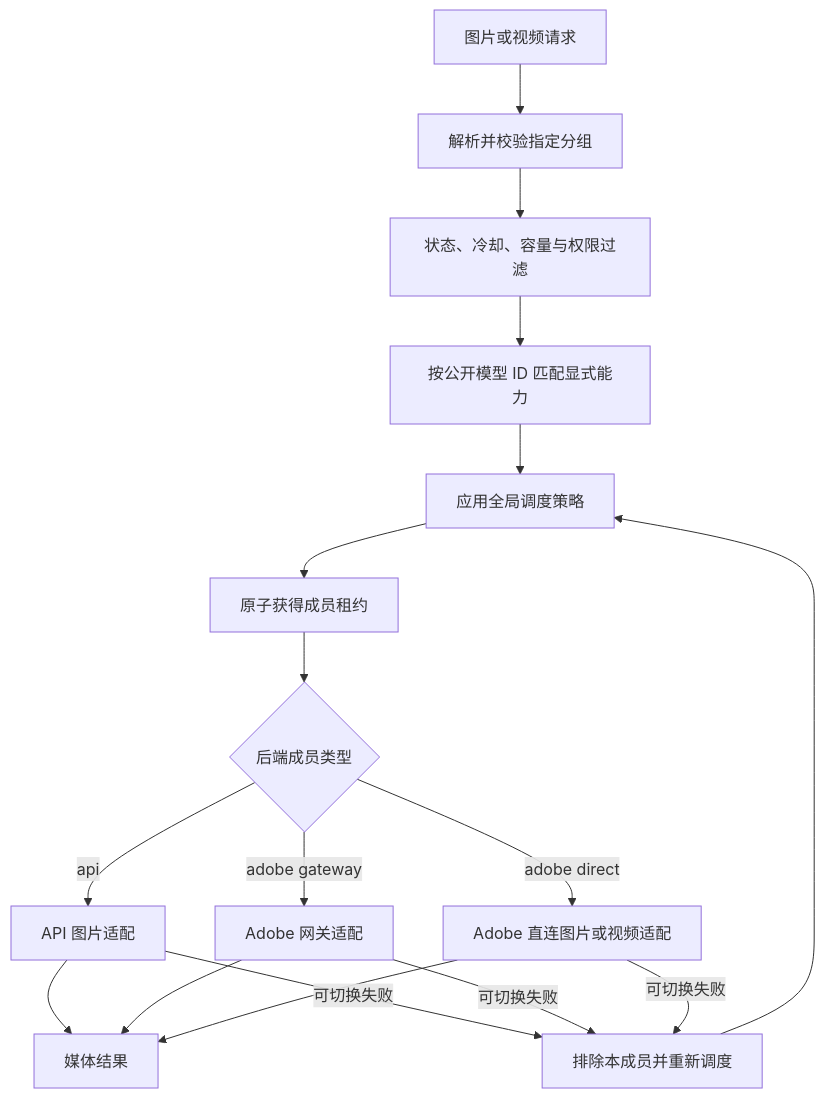
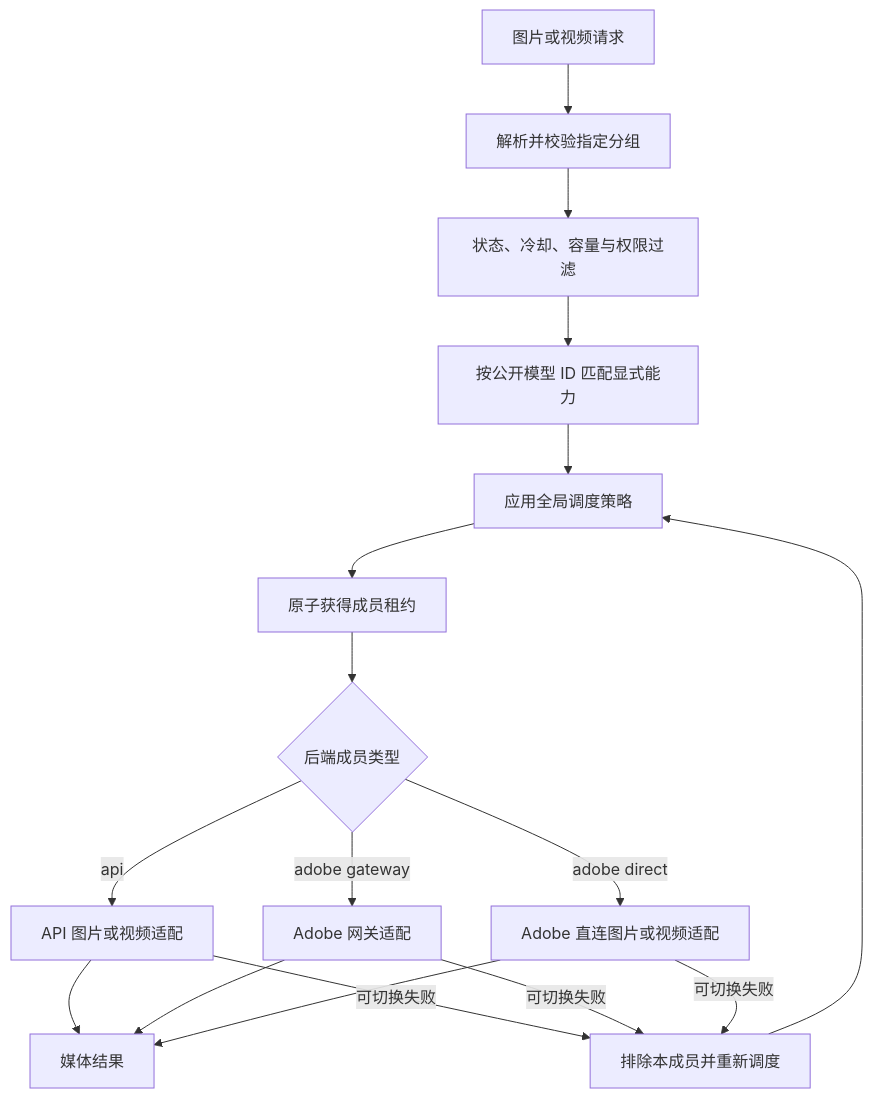
Before and after one commit to FluxCode666/FluxMedia-1: the first of 5 diagrams in docs/plans/2026-07-25-001-refactor-media-backend-pool-plan.md, drawn with Mermaid. The commit also changed other lines of this file and 26 other files, not shown here.

````diff
--- a/docs/plans/2026-07-25-001-refactor-media-backend-pool-plan.md
+++ b/docs/plans/2026-07-25-001-refactor-media-backend-pool-plan.md
@@ -54,19 +54,19 @@
 ```mermaid
 flowchart TB
   Request["图片或视频请求"] --> Group["解析并校验指定分组"]
   Group --> Eligibility["状态、冷却、容量与权限过滤"]
   Eligibility --> Capability["按公开模型 ID 匹配显式能力"]
   Capability --> Strategy["应用全局调度策略"]
   Strategy --> Lease["原子获得成员租约"]
   Lease --> Type{"后端成员类型"}
-  Type -->|api| Api["API 图片适配"]
+  Type -->|api| Api["API 图片或视频适配"]
   Type -->|adobe gateway| AdobeGateway["Adobe 网关适配"]
   Type -->|adobe direct| AdobeDirect["Adobe 直连图片或视频适配"]
   Api --> Result["媒体结果"]
   AdobeGateway --> Result
   AdobeDirect --> Result
   Api -->|可切换失败| Retry["排除本成员并重新调度"]
   AdobeGateway -->|可切换失败| Retry
   AdobeDirect -->|可切换失败| Retry
   Retry --> Strategy
 ```
````
